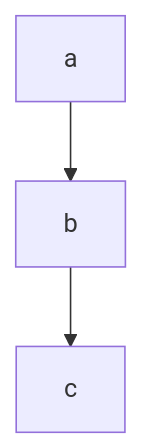
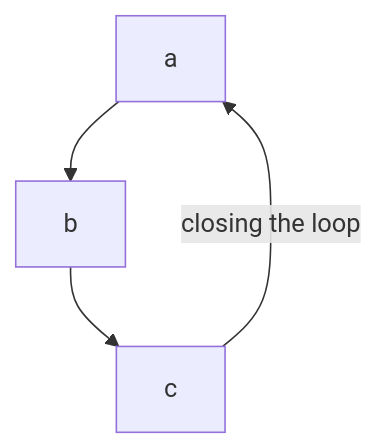
Before and after one commit to chgray/MarkdownExample: the diagram in README.md, drawn with Mermaid.

Commit message:
make cycle

````diff
--- a/README.md
+++ b/README.md
@@ -4,5 +4,6 @@
 ```mermaid
 graph TD;
     a-->b
     b-->c
+    c-->|closing the loop|a
 ```
````
